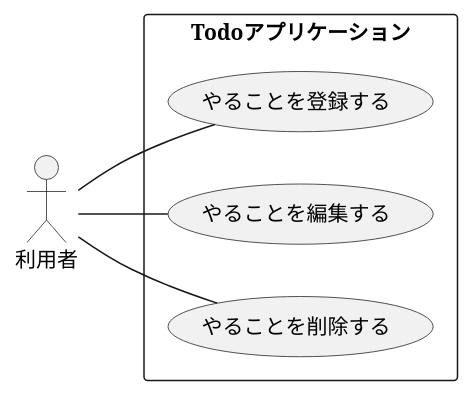
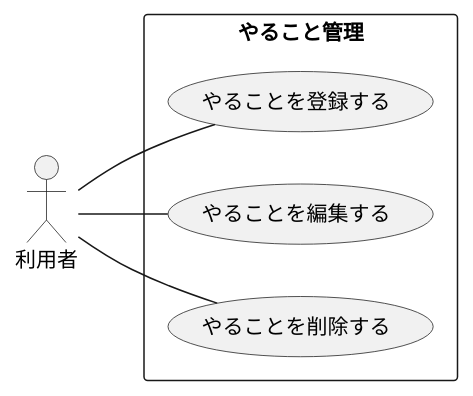
One commit to k2works/application_programing_excercise_2022 changed diagram 12 of 15 in docs/todo.adoc. Above: the diagram before and after it, drawn with PlantUML. The commit also changed 3 other files, not shown here.

```diff
--- a/docs/todo.adoc
+++ b/docs/todo.adoc
@@ -443,11 +443,11 @@
 [plantuml]
 ----
 left to right direction
 skinparam packageStyle rectangle
 actor 利用者
-rectangle Todoアプリケーション {
+rectangle やること管理 {
   利用者 -- (やることを登録する)
   利用者 -- (やることを編集する)
   利用者 -- (やることを削除する)
 }
 ----
```
